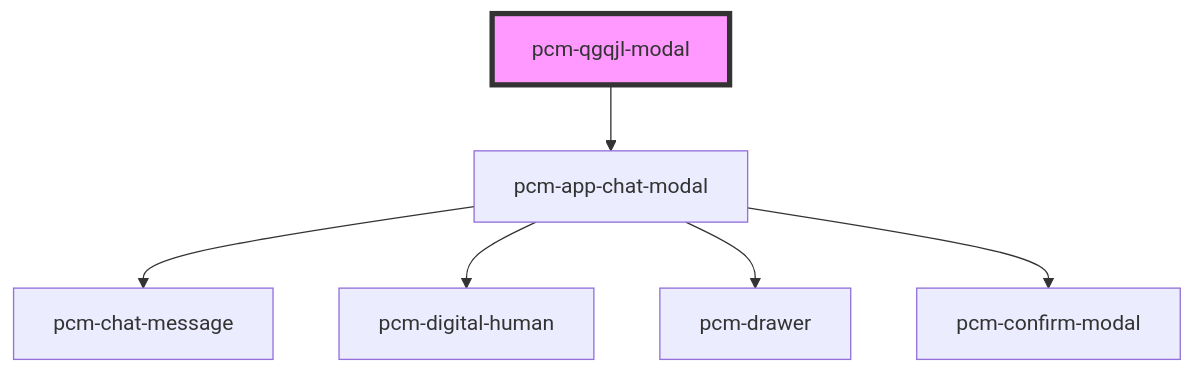
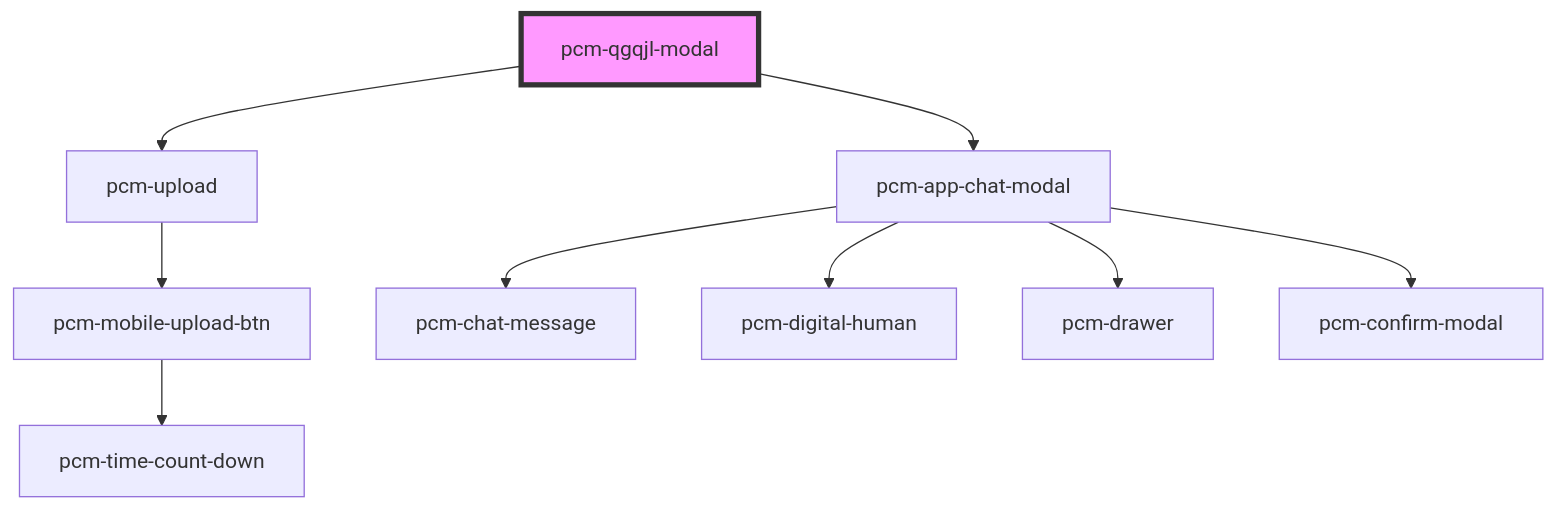
One commit to Pincaimao/pcm-agents-sdk changed the diagram in packages/pcm-agents/docs/components/pcm-qgqjl-modal/readme.md. Above: the diagram before and after it, drawn with Mermaid. The commit also changed other lines of this file and 20 other files, not shown here.

````diff
--- a/packages/pcm-agents/docs/components/pcm-qgqjl-modal/readme.md
+++ b/packages/pcm-agents/docs/components/pcm-qgqjl-modal/readme.md
@@ -51,9 +53,12 @@
 ```mermaid
 graph TD;
+  pcm-qgqjl-modal --> pcm-upload
   pcm-qgqjl-modal --> pcm-app-chat-modal
+  pcm-upload --> pcm-mobile-upload-btn
+  pcm-mobile-upload-btn --> pcm-time-count-down
   pcm-app-chat-modal --> pcm-chat-message
   pcm-app-chat-modal --> pcm-digital-human
   pcm-app-chat-modal --> pcm-drawer
   pcm-app-chat-modal --> pcm-confirm-modal
   style pcm-qgqjl-modal fill:#f9f,stroke:#333,stroke-width:4px
 ```
````
